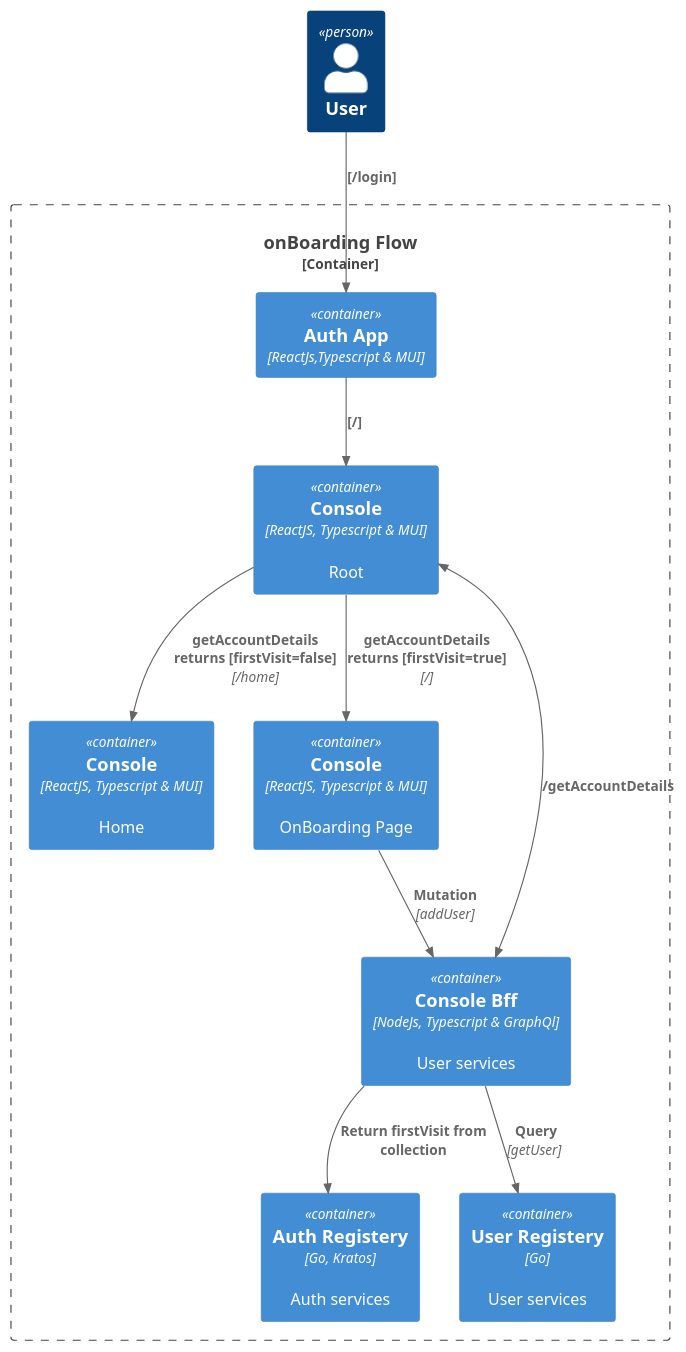
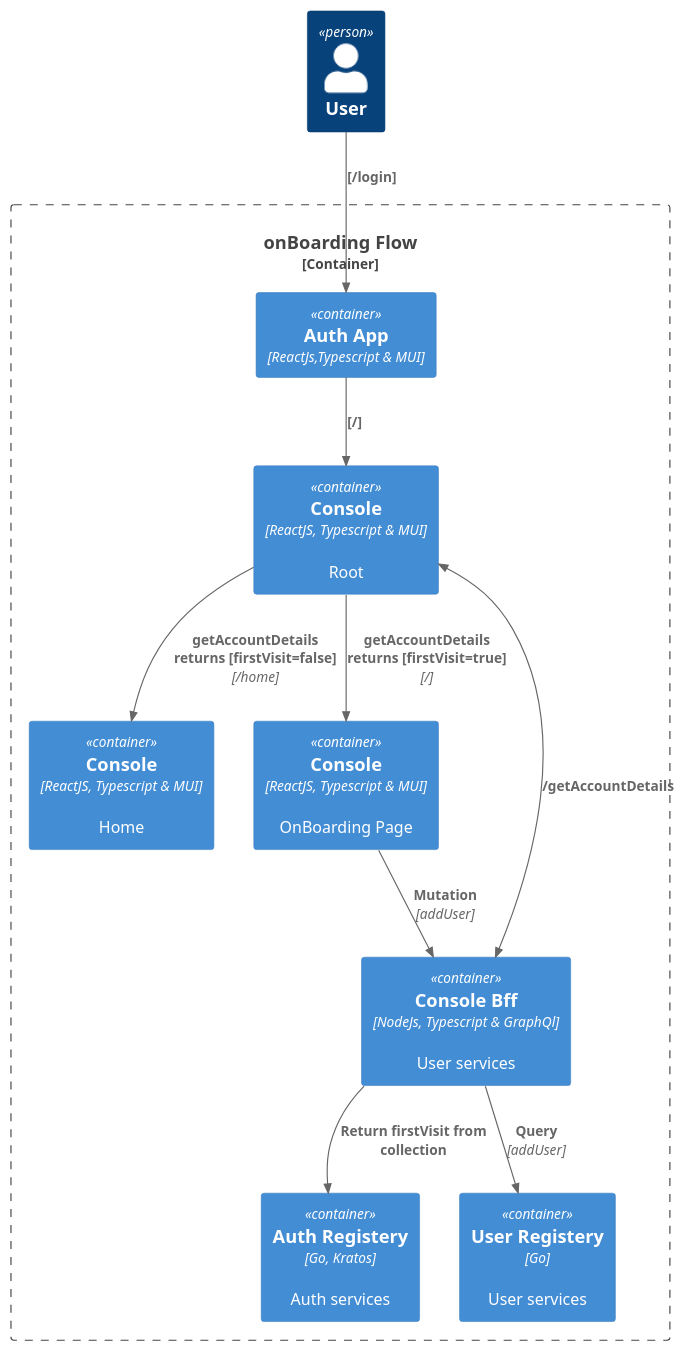
One commit to ukama/ukama changed the diagram in interfaces/console/docs/Onboarding/OnBoarding.puml. Above: the diagram before and after it, drawn with PlantUML.

```diff
--- a/interfaces/console/docs/Onboarding/OnBoarding.puml
+++ b/interfaces/console/docs/Onboarding/OnBoarding.puml
@@ -1,23 +1,23 @@
 @startuml C4_Elements
 !include https://raw.githubusercontent.com/plantuml-stdlib/C4-PlantUML/master/C4_Container.puml
 
 Person(personAlias, "User")
 Container_Boundary(c1, "onBoarding Flow") {
 Container(ukamaAuthAlias,"Auth App","ReactJs,Typescript & MUI")
 Container(rootConsole, "Console", "ReactJS, Typescript & MUI", "Root")
 Container(consoleAlias, "Console", "ReactJS, Typescript & MUI", "Home")
 Container(consoleOnBoardingAlias, "Console", "ReactJS, Typescript & MUI", "OnBoarding Page")
 Container(bffAlias, "Console Bff", "NodeJs, Typescript & GraphQl", "User services")
 Container(AuthAlias, "Auth Registery", "Go, Kratos", "Auth services")
 Container(cloudAlias, "User Registery", "Go", "User services")
 
 Rel(personAlias, ukamaAuthAlias, "[/login]")
 Rel(ukamaAuthAlias, rootConsole, "[/]")
 Rel(rootConsole, consoleOnBoardingAlias, "getAccountDetails returns [firstVisit=true]", "/")
 Rel( rootConsole, consoleAlias, "getAccountDetails returns [firstVisit=false] ", "/home")
 BiRel( rootConsole, bffAlias, "/getAccountDetails")
 Rel(bffAlias, AuthAlias,"Return firstVisit from collection")
 Rel( consoleOnBoardingAlias, bffAlias, "Mutation","addUser")
-Rel( bffAlias , cloudAlias, " Query","getUser")
+Rel( bffAlias , cloudAlias, "Query", "addUser")
 }
 @enduml
```
